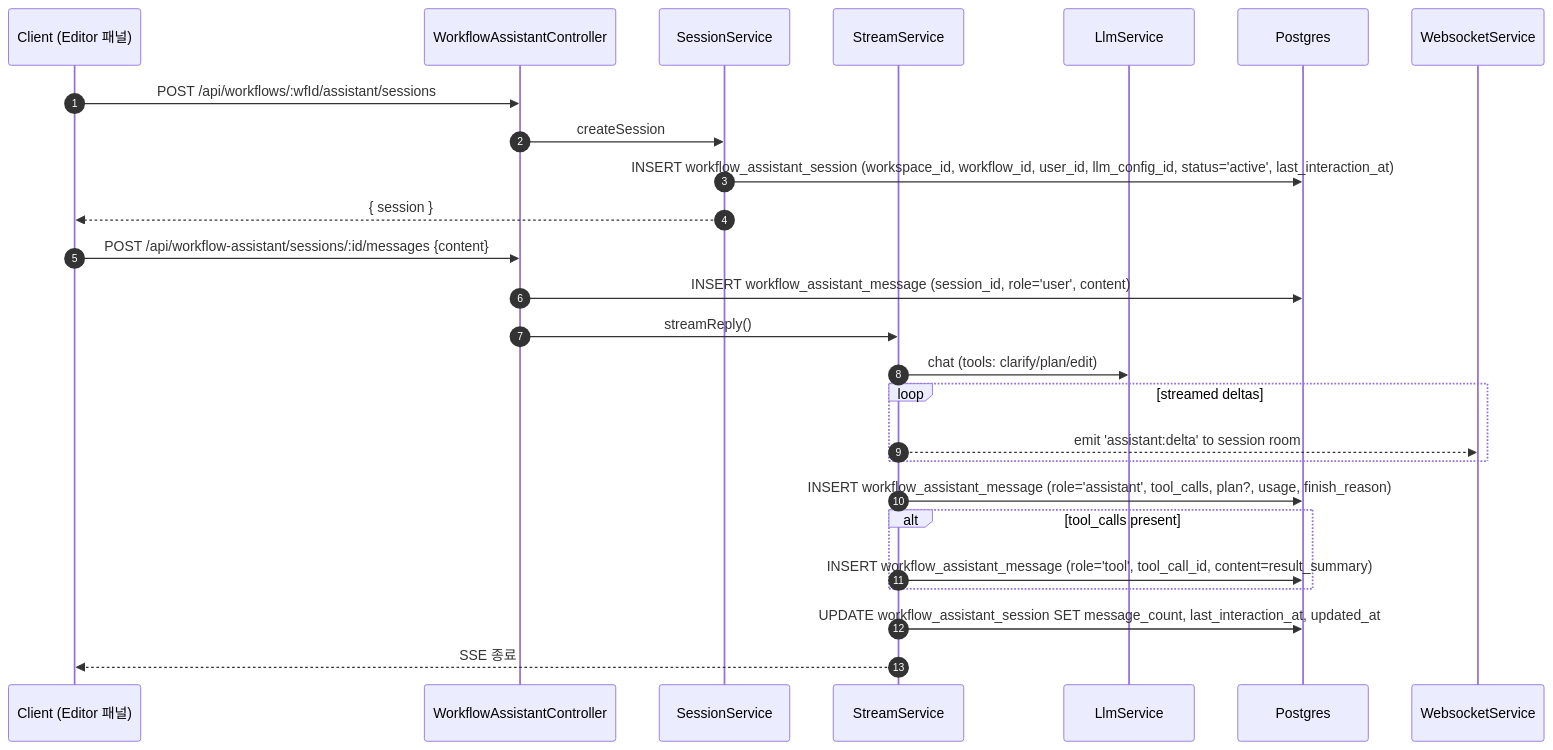
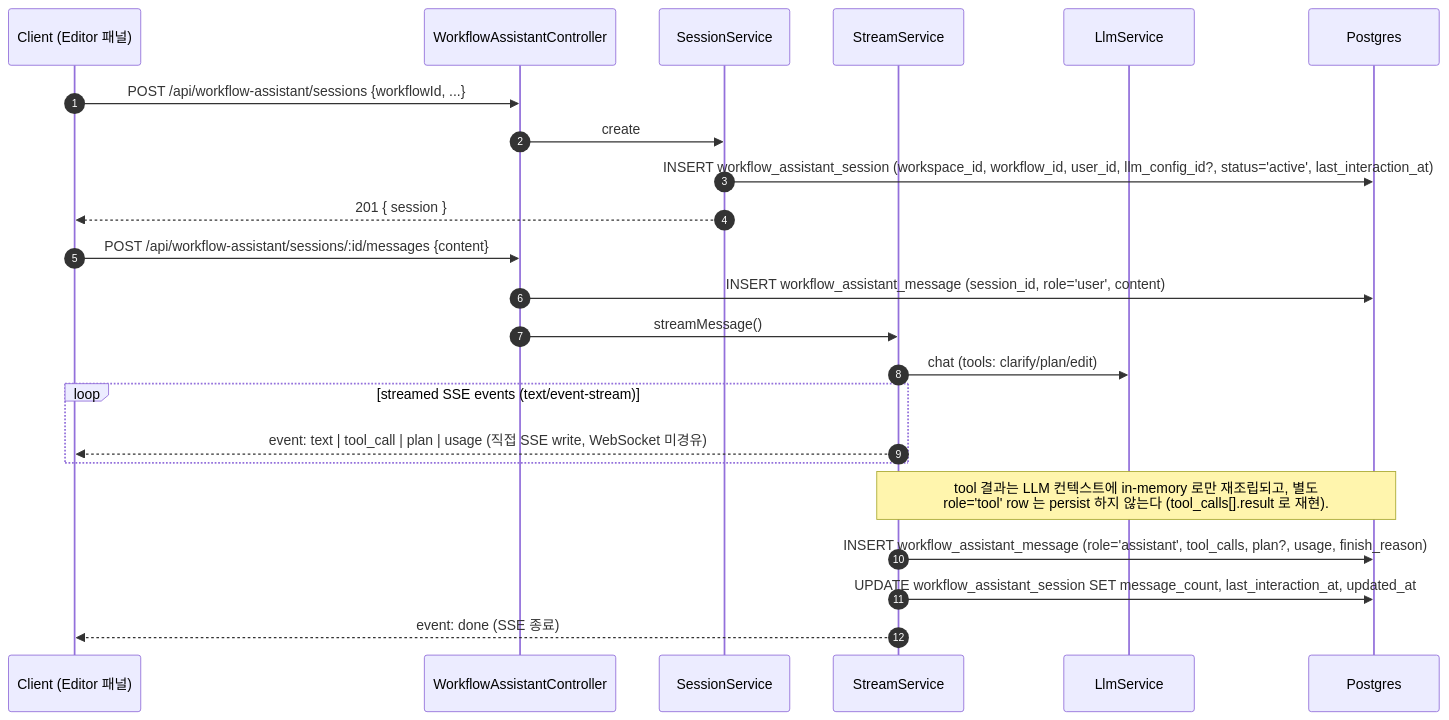
Before and after one commit to worker-ants/clemvion: the second of 3 diagrams in spec/data-flow/11-workflow.md, drawn with Mermaid. The commit also changed other lines of this file and 186 other files, not shown here.

````diff
--- a/spec/data-flow/11-workflow.md
+++ b/spec/data-flow/11-workflow.md
@@ -70,30 +72,27 @@
 ```mermaid
 sequenceDiagram
   autonumber
   participant C as Client (Editor 패널)
   participant Ctl as WorkflowAssistantController
   participant SS as SessionService
   participant Stream as StreamService
   participant LLM as LlmService
   participant PG as Postgres
-  participant WS as WebsocketService
 
-  C->>Ctl: POST /api/workflows/:wfId/assistant/sessions
-  Ctl->>SS: createSession
-  SS->>PG: INSERT workflow_assistant_session (workspace_id, workflow_id, user_id, llm_config_id, status='active', last_interaction_at)
-  SS-->>C: { session }
+  C->>Ctl: POST /api/workflow-assistant/sessions {workflowId, ...}
+  Ctl->>SS: create
+  SS->>PG: INSERT workflow_assistant_session (workspace_id, workflow_id, user_id, llm_config_id?, status='active', last_interaction_at)
+  SS-->>C: 201 { session }
 
   C->>Ctl: POST /api/workflow-assistant/sessions/:id/messages {content}
   Ctl->>PG: INSERT workflow_assistant_message (session_id, role='user', content)
-  Ctl->>Stream: streamReply()
+  Ctl->>Stream: streamMessage()
   Stream->>LLM: chat (tools: clarify/plan/edit)
-  loop streamed deltas
-    Stream-->>WS: emit 'assistant:delta' to session room
+  loop streamed SSE events (text/event-stream)
+    Stream-->>C: event: text | tool_call | plan | usage (직접 SSE write, WebSocket 미경유)
   end
+  Note over Stream,PG: tool 결과는 LLM 컨텍스트에 in-memory 로만 재조립되고, 별도<br/>role='tool' row 는 persist 하지 않는다 (tool_calls[].result 로 재현).
   Stream->>PG: INSERT workflow_assistant_message (role='assistant', tool_calls, plan?, usage, finish_reason)
-  alt tool_calls present
-    Stream->>PG: INSERT workflow_assistant_message (role='tool', tool_call_id, content=result_summary)
-  end
   Stream->>PG: UPDATE workflow_assistant_session SET message_count, last_interaction_at, updated_at
-  Stream-->>C: SSE 종료
+  Stream-->>C: event: done (SSE 종료)
 ```
````
